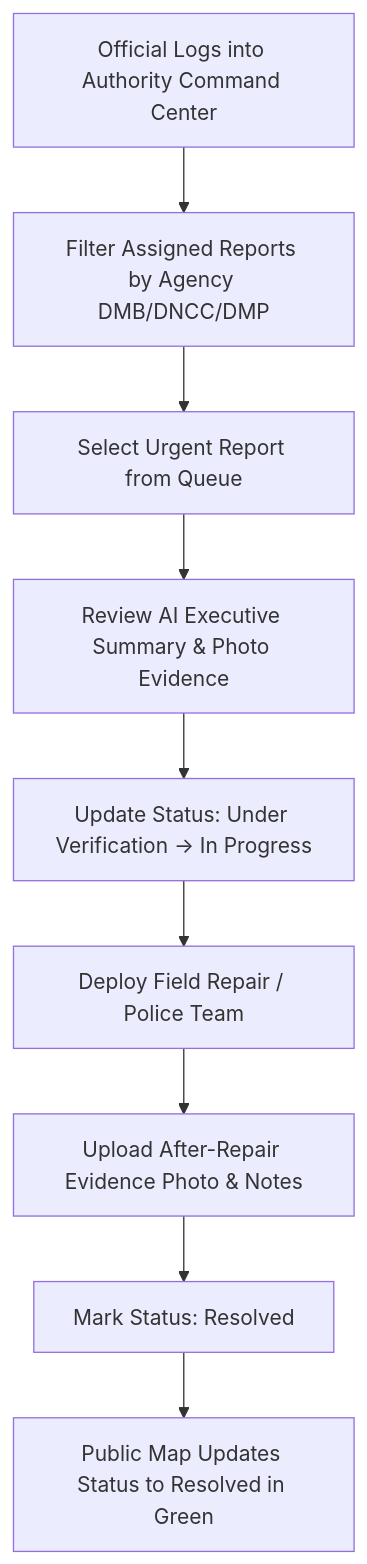
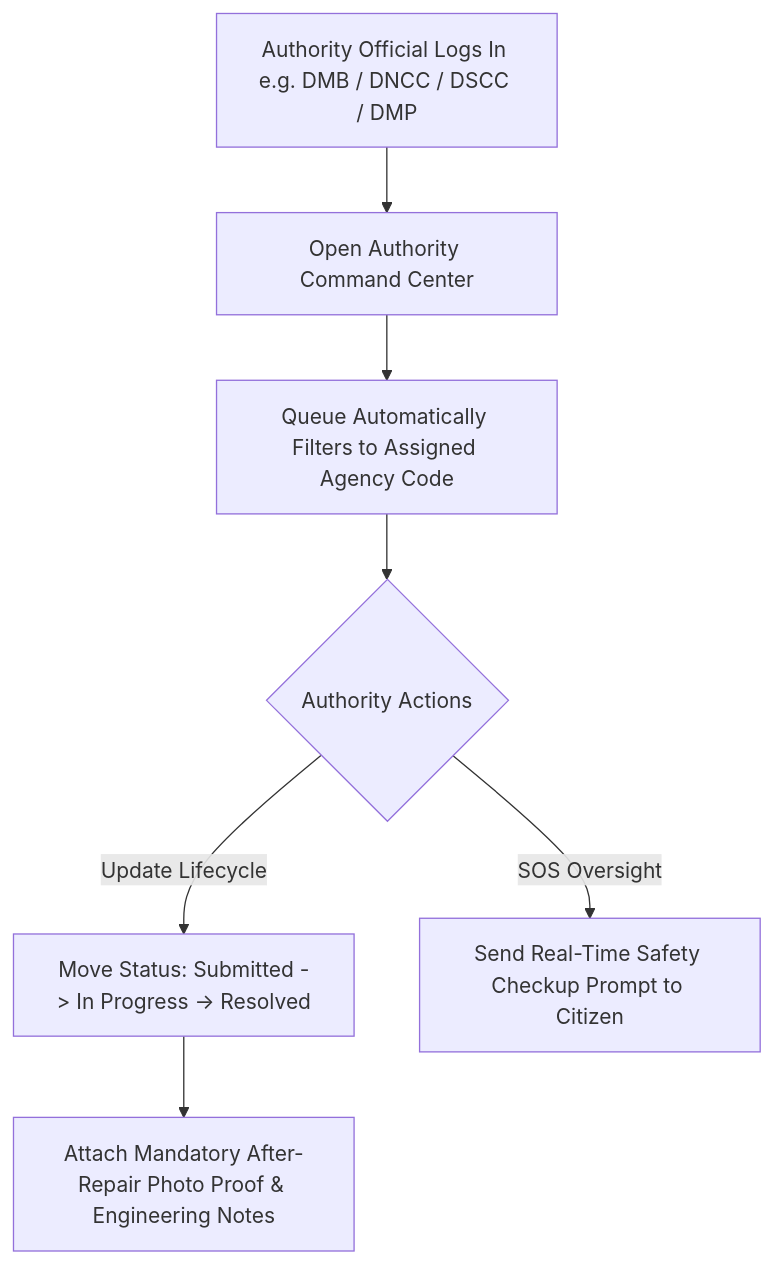
Before and after one commit to meherabhossainmmh-lang/Trojan_Horse: the third of 4 diagrams in docs/USER_FLOW.md, drawn with Mermaid. The commit also changed other lines of this file and 84 other files, not shown here.

Commit message:
refactor: shape project structure according to official readme specification with full nextjs server actions and drizzle stack

````diff
--- a/docs/USER_FLOW.md
+++ b/docs/USER_FLOW.md
@@ -70,11 +36,9 @@
 ```mermaid
 graph TD
-    A[Official Logs into Authority Command Center] --> B[Filter Assigned Reports by Agency DMB/DNCC/DMP]
-    B --> C[Select Urgent Report from Queue]
-    C --> D[Review AI Executive Summary & Photo Evidence]
-    D --> E[Update Status: Under Verification -> In Progress]
-    E --> F[Deploy Field Repair / Police Team]
-    F --> G[Upload After-Repair Evidence Photo & Notes]
-    G --> H[Mark Status: Resolved]
-    H --> I[Public Map Updates Status to Resolved in Green]
+    A[Authority Official Logs In e.g. DMB / DNCC / DSCC / DMP] --> B[Open Authority Command Center]
+    B --> C[Queue Automatically Filters to Assigned Agency Code]
+    C --> D{Authority Actions}
+    D -->|Update Lifecycle| E[Move Status: Submitted -> In Progress -> Resolved]
+    E --> F[Attach Mandatory After-Repair Photo Proof & Engineering Notes]
+    D -->|SOS Oversight| G[Send Real-Time Safety Checkup Prompt to Citizen]
 ```
````
